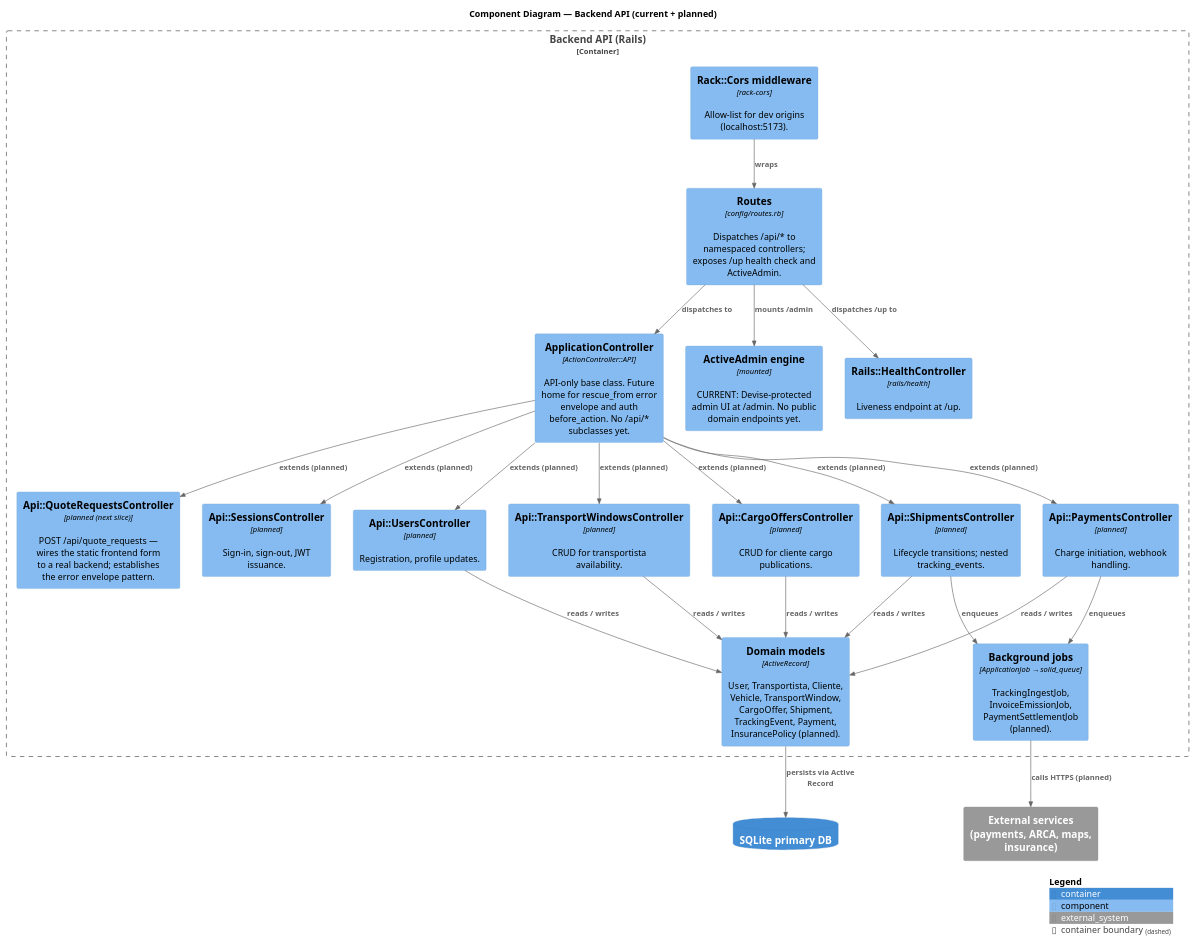
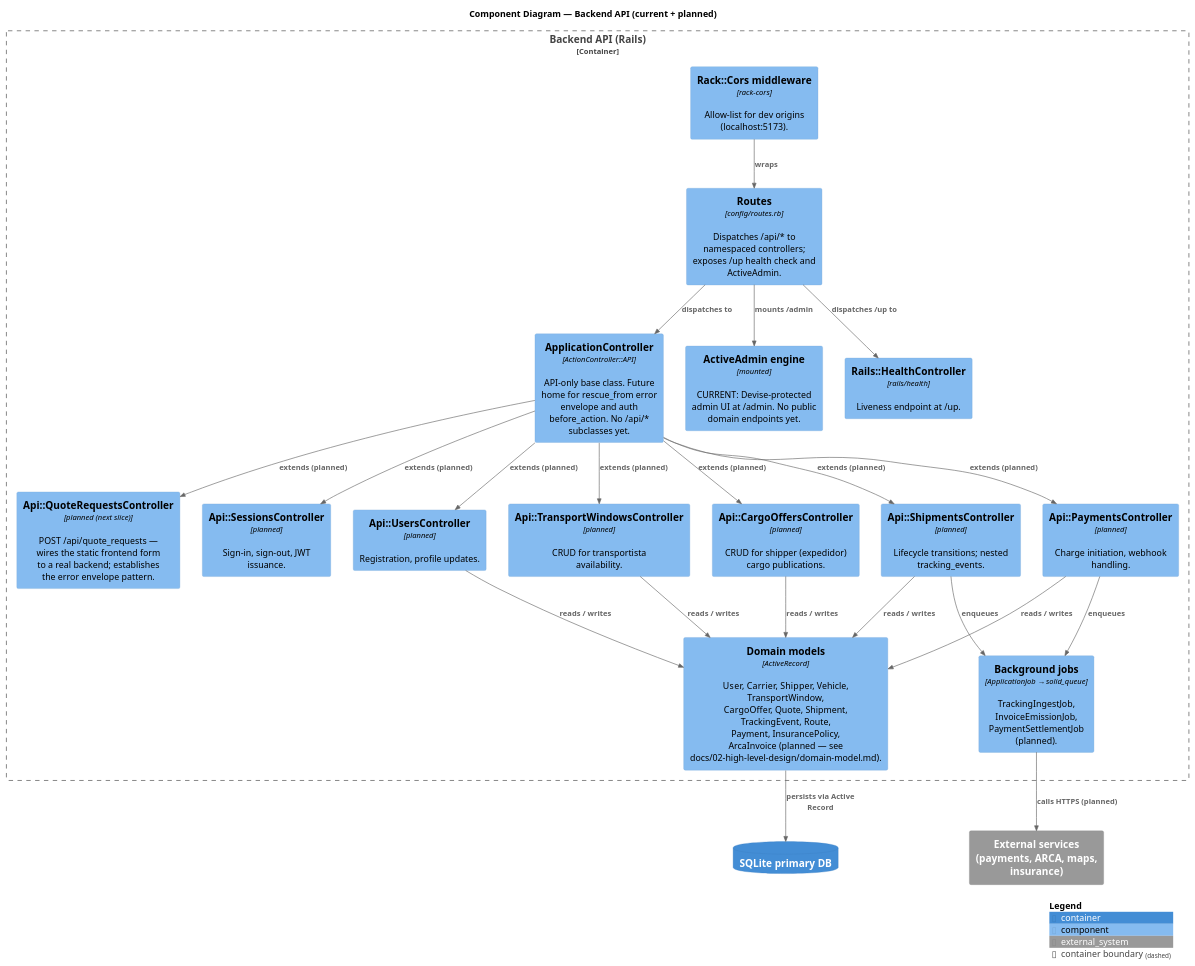
Before and after one commit to matias-ferrero/Truckr: the diagram in docs/03-architecture-diagrams/c4-component-core.puml, drawn with PlantUML. The commit also changed 32 other files, not shown here.

First line of the commit message:
[REQ-BE-00005] docs(domain): draft initial domain model, glossary SoT, and identity spec (#74)

```diff
--- a/docs/03-architecture-diagrams/c4-component-core.puml
+++ b/docs/03-architecture-diagrams/c4-component-core.puml
@@ -1,55 +1,55 @@
 @startuml c4-component-core
 !include <C4/C4_Component>
 
 title Component Diagram — Backend API (current + planned)
 
 Container_Boundary(api, "Backend API (Rails)") {
 
   Component(routes, "Routes", "config/routes.rb", "Dispatches /api/* to namespaced controllers; exposes /up health check and ActiveAdmin.")
   Component(app_controller, "ApplicationController", "ActionController::API", "API-only base class. Future home for rescue_from error envelope and auth before_action. No /api/* subclasses yet.")
 
   Component(active_admin, "ActiveAdmin engine", "mounted", "CURRENT: Devise-protected admin UI at /admin. No public domain endpoints yet.")
 
   Component(quote_c, "Api::QuoteRequestsController", "planned (next slice)", "POST /api/quote_requests — wires the static frontend form to a real backend; establishes the error envelope pattern.")
   Component(auth_c, "Api::SessionsController", "planned", "Sign-in, sign-out, JWT issuance.")
   Component(users_c, "Api::UsersController", "planned", "Registration, profile updates.")
   Component(windows_c, "Api::TransportWindowsController", "planned", "CRUD for transportista availability.")
-  Component(offers_c, "Api::CargoOffersController", "planned", "CRUD for cliente cargo publications.")
+  Component(offers_c, "Api::CargoOffersController", "planned", "CRUD for shipper (expedidor) cargo publications.")
   Component(shipments_c, "Api::ShipmentsController", "planned", "Lifecycle transitions; nested tracking_events.")
   Component(payments_c, "Api::PaymentsController", "planned", "Charge initiation, webhook handling.")
 
   Component(health_c, "Rails::HealthController", "rails/health", "Liveness endpoint at /up.")
 
-  Component(models, "Domain models", "ActiveRecord", "User, Transportista, Cliente, Vehicle, TransportWindow, CargoOffer, Shipment, TrackingEvent, Payment, InsurancePolicy (planned).")
+  Component(models, "Domain models", "ActiveRecord", "User, Carrier, Shipper, Vehicle, TransportWindow, CargoOffer, Quote, Shipment, TrackingEvent, Route, Payment, InsurancePolicy, ArcaInvoice (planned — see docs/02-high-level-design/domain-model.md).")
   Component(jobs, "Background jobs", "ApplicationJob → solid_queue", "TrackingIngestJob, InvoiceEmissionJob, PaymentSettlementJob (planned).")
   Component(cors, "Rack::Cors middleware", "rack-cors", "Allow-list for dev origins (localhost:5173).")
 }
 
 ContainerDb(db, "SQLite primary DB")
 System_Ext(ext, "External services\n(payments, ARCA, maps, insurance)")
 
 Rel(routes, app_controller, "dispatches to")
 Rel(routes, active_admin, "mounts /admin")
 Rel(app_controller, quote_c, "extends (planned)")
 Rel(app_controller, auth_c, "extends (planned)")
 Rel(app_controller, users_c, "extends (planned)")
 Rel(app_controller, windows_c, "extends (planned)")
 Rel(app_controller, offers_c, "extends (planned)")
 Rel(app_controller, shipments_c, "extends (planned)")
 Rel(app_controller, payments_c, "extends (planned)")
 Rel(routes, health_c, "dispatches /up to")
 
 Rel(users_c, models, "reads / writes")
 Rel(windows_c, models, "reads / writes")
 Rel(offers_c, models, "reads / writes")
 Rel(shipments_c, models, "reads / writes")
 Rel(payments_c, models, "reads / writes")
 Rel(payments_c, jobs, "enqueues")
 Rel(shipments_c, jobs, "enqueues")
 
 Rel(models, db, "persists via Active Record")
 Rel(jobs, ext, "calls HTTPS (planned)")
 Rel(cors, routes, "wraps")
 
 SHOW_LEGEND()
 @enduml
```
